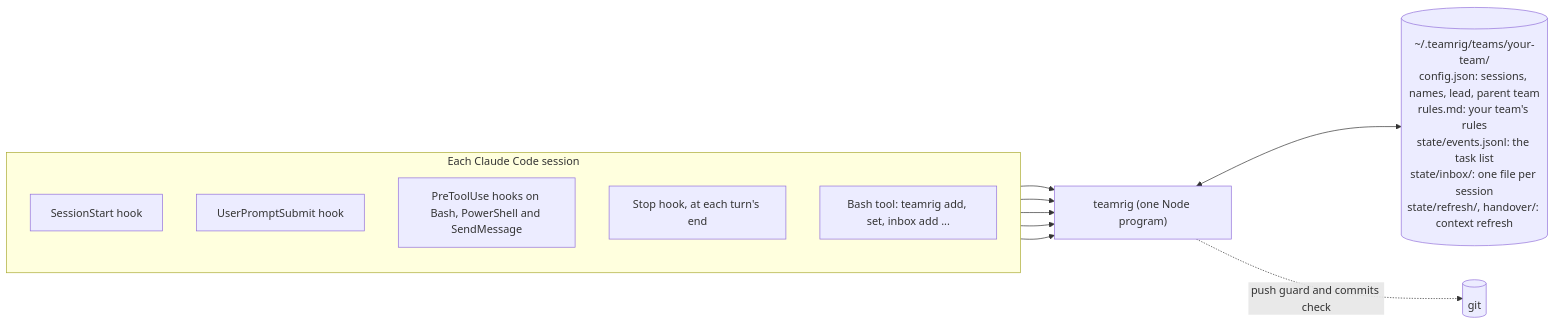
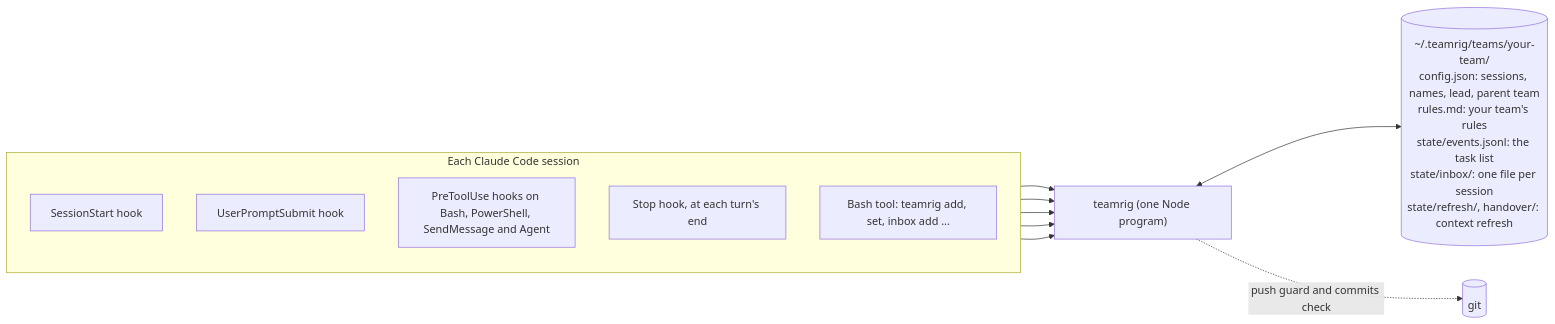
One commit to GeneralA6/teamrig changed the first of 9 diagrams in docs/how-it-works.md. Above: the diagram before and after it, drawn with Mermaid. The commit also changed other lines of this file and 5 other files, not shown here.

````diff
--- a/docs/how-it-works.md
+++ b/docs/how-it-works.md
@@ -22,21 +22,21 @@
 ```mermaid
 flowchart LR
   subgraph session["Each Claude Code session"]
     direction TB
     start["SessionStart hook"]
     prompt["UserPromptSubmit hook"]
-    guard["PreToolUse hooks on Bash, PowerShell and SendMessage"]
+    guard["PreToolUse hooks on Bash, PowerShell, SendMessage and Agent"]
     stop["Stop hook, at each turn's end"]
     tool["Bash tool: teamrig add, set, inbox add ..."]
   end
   cli["teamrig (one Node program)"]
   folder[("~/.teamrig/teams/your-team/<br>config.json: sessions, names, lead, parent team<br>rules.md: your team's rules<br>state/events.jsonl: the task list<br>state/inbox/: one file per session<br>state/refresh/, handover/: context refresh")]
   git[("git")]
   start --> cli
   prompt --> cli
   guard --> cli
   stop --> cli
   tool --> cli
   cli <--> folder
   cli -. "push guard and commits check" .-> git
 ```
````
